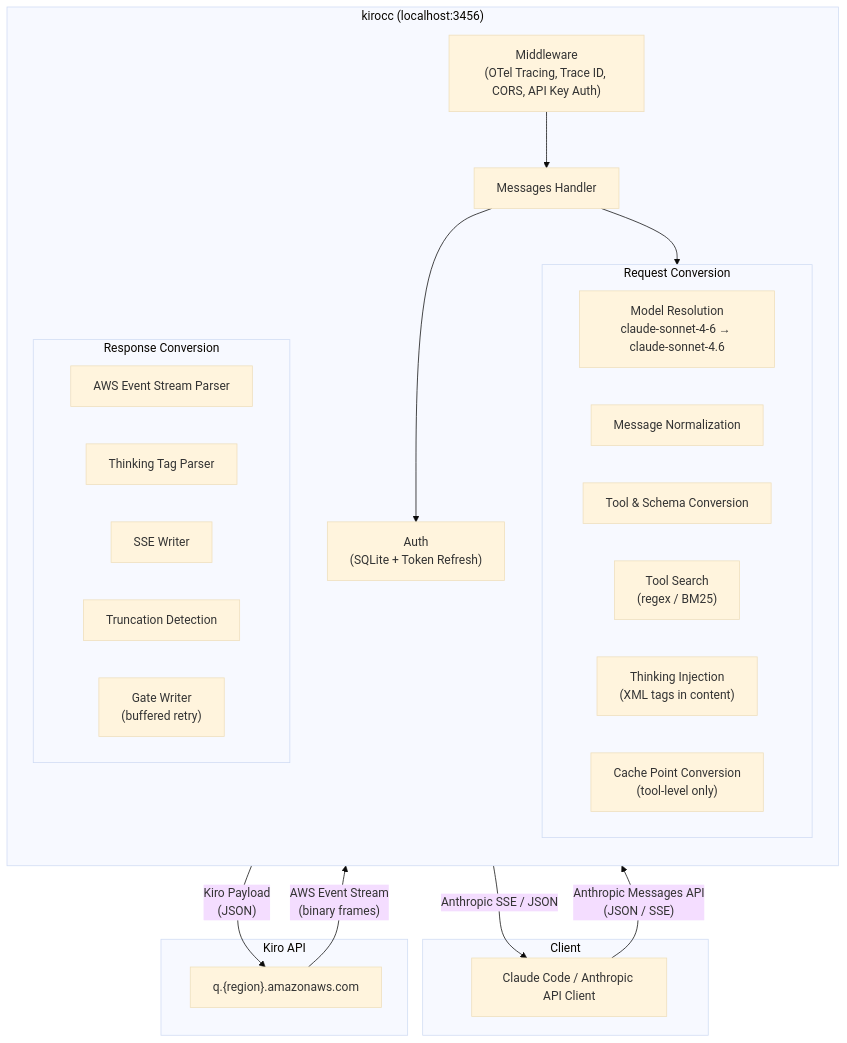
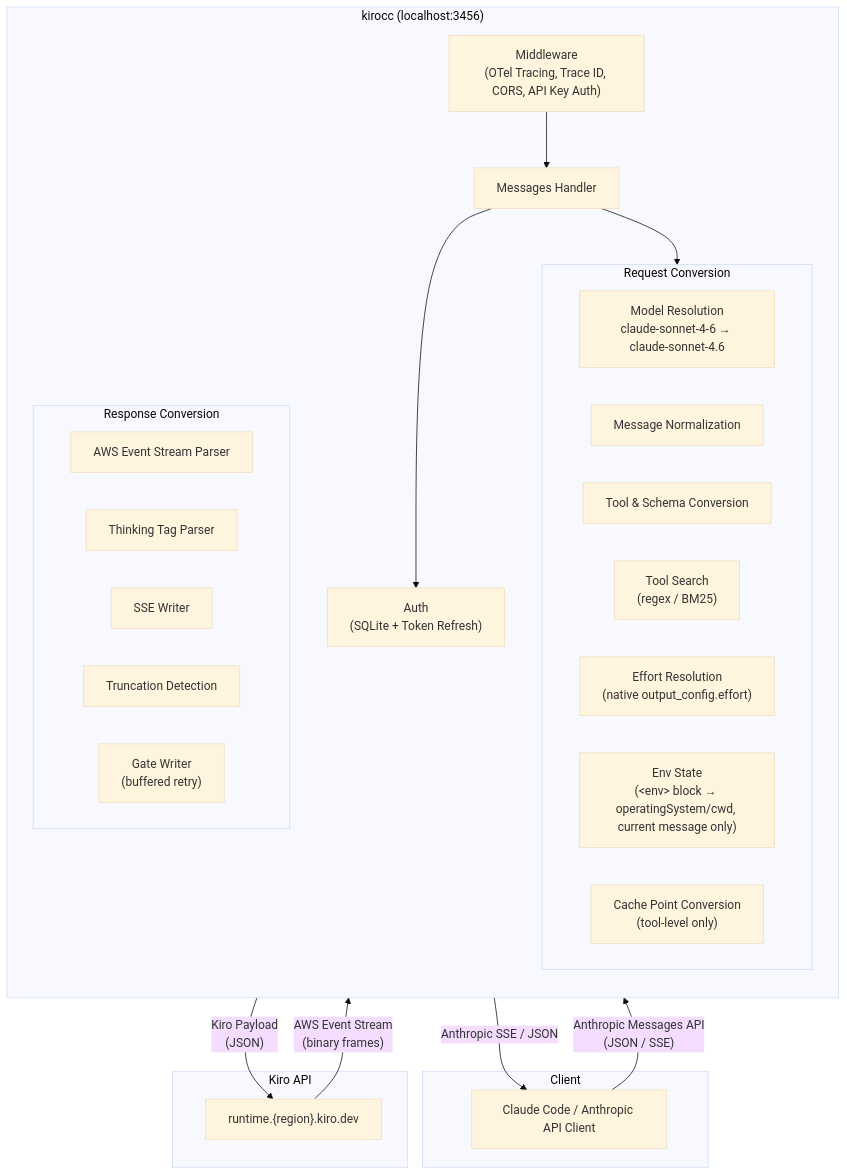
The diagram in README.md (qq-24/kirocc), drawn with Mermaid (base theme) before and after one commit. The commit also changed other lines of this file, not shown here.

First line of the commit message:
docs: document native effort wire format and runtime endpoint (#70)

````diff
--- a/README.md
+++ b/README.md
@@ -143,44 +143,45 @@
 ```mermaid
 flowchart TB
     subgraph Client
         CC["Claude Code / Anthropic API Client"]
     end
 
     subgraph kirocc ["kirocc (localhost:3456)"]
         direction TB
         MW["Middleware<br/>(OTel Tracing, Trace ID, CORS, API Key Auth)"]
         Handler["Messages Handler"]
         Auth["Auth<br/>(SQLite + Token Refresh)"]
 
         subgraph reqconv ["Request Conversion"]
             direction LR
             ModelResolve["Model Resolution<br/>claude-sonnet-4-6 → claude-sonnet-4.6"]
             MsgNorm["Message Normalization"]
             ToolConv["Tool & Schema Conversion"]
             ToolSearch["Tool Search<br/>(regex / BM25)"]
-            ThinkingInject["Thinking Injection<br/>(XML tags in content)"]
+            EffortResolve["Effort Resolution<br/>(native output_config.effort)"]
+            EnvState["Env State<br/>(&lt;env&gt; block → operatingSystem/cwd, current message only)"]
             CacheConv["Cache Point Conversion<br/>(tool-level only)"]
         end
 
         subgraph respconv ["Response Conversion"]
             direction LR
             EventParse["AWS Event Stream Parser"]
             ThinkingParse["Thinking Tag Parser"]
             SSEWrite["SSE Writer"]
             TruncDetect["Truncation Detection"]
             GateWrite["Gate Writer<br/>(buffered retry)"]
         end
     end
 
     subgraph Kiro ["Kiro API"]
-        KiroAPI["q.{region}.amazonaws.com"]
+        KiroAPI["runtime.{region}.kiro.dev"]
     end
 
     CC -- "Anthropic Messages API<br/>(JSON / SSE)" --> MW
     MW --> Handler
     Handler --> Auth
     Handler --> reqconv
     reqconv -- "Kiro Payload<br/>(JSON)" --> KiroAPI
     KiroAPI -- "AWS Event Stream<br/>(binary frames)" --> respconv
     respconv -- "Anthropic SSE / JSON" --> CC
 ```
````
